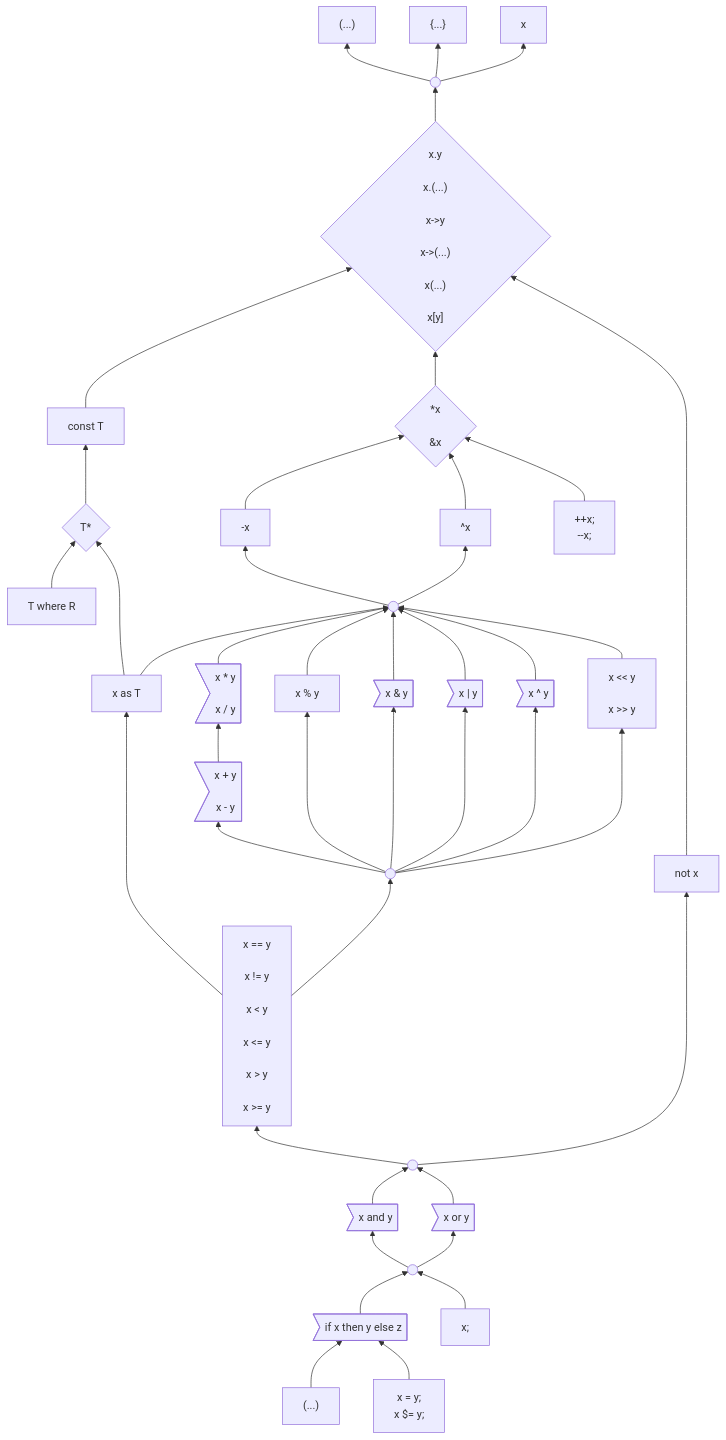
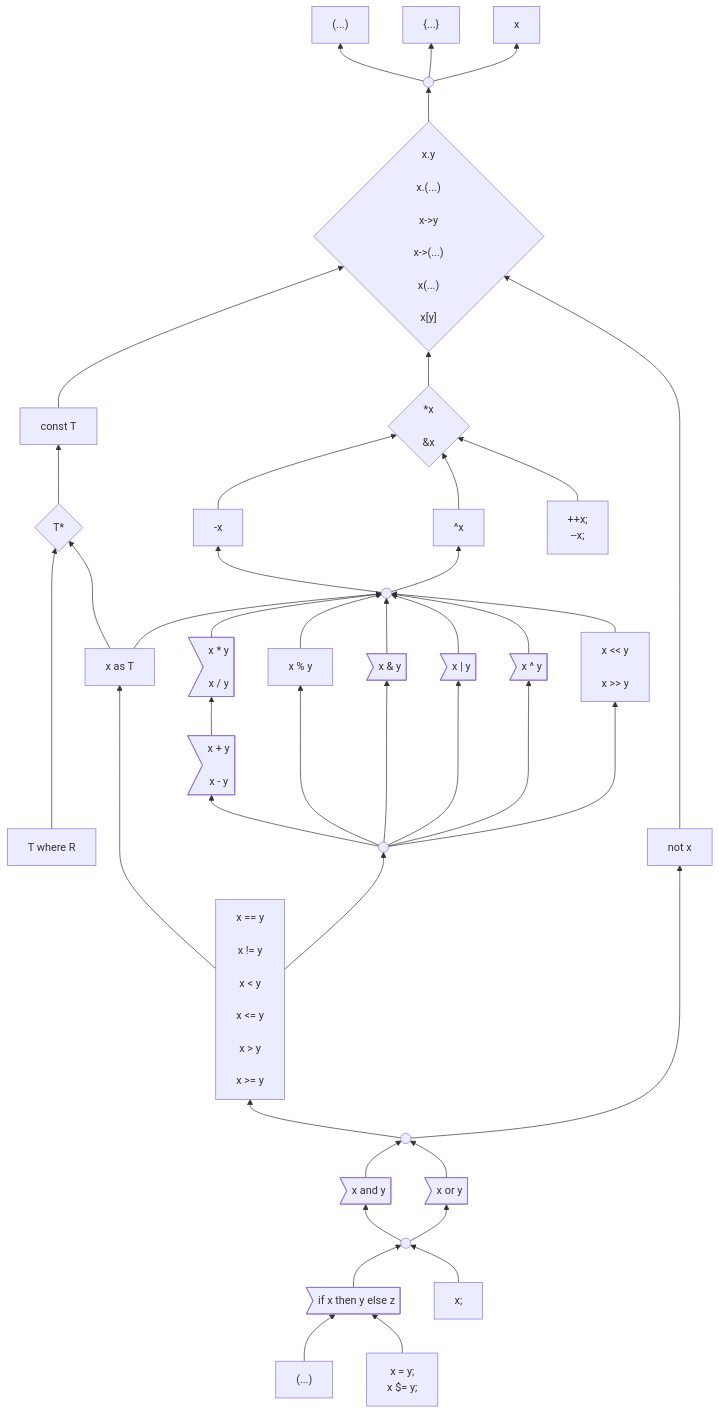
One commit to carbon-language/carbon-lang changed the first of 3 diagrams in docs/design/expressions/README.md. Above: the diagram before and after it, drawn with Mermaid.

Commit message:
Checkpoint progress.

```diff
--- a/docs/design/expressions/README.md
+++ b/docs/design/expressions/README.md
@@ -159,7 +159,7 @@
 
     constType --> suffixOps
     pointerType --> constType
-    where --> pointerType
+    where -----> pointerType
     as --> pointerType
 
     pointer --> suffixOps
```
